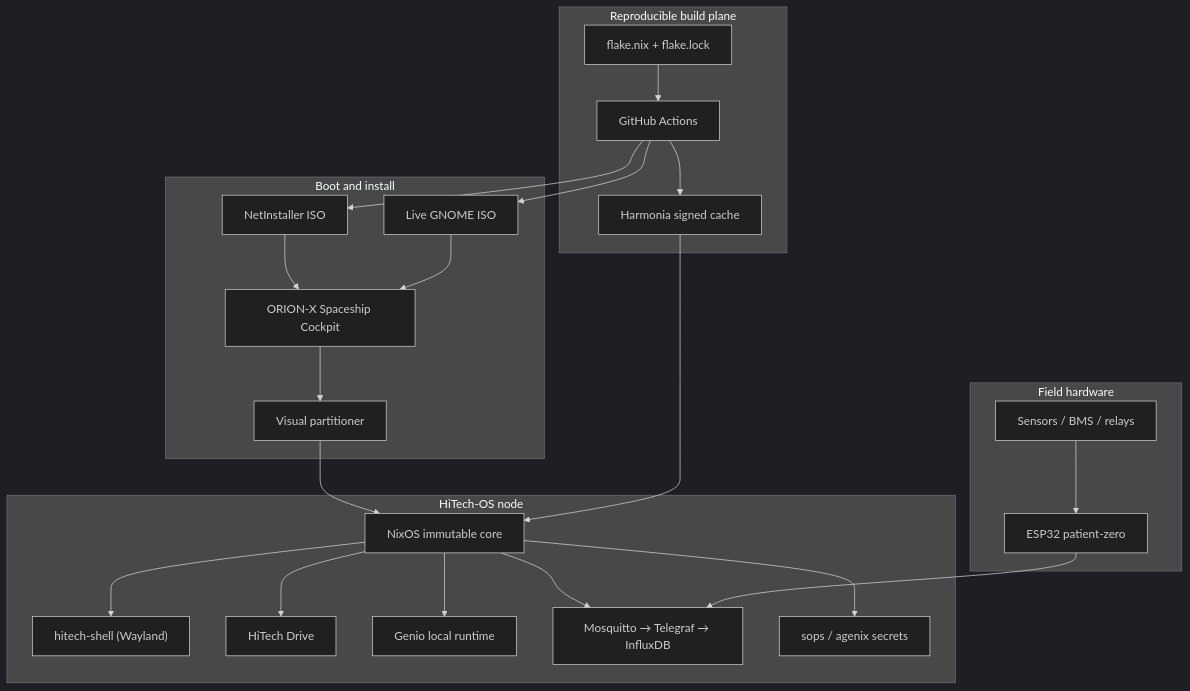
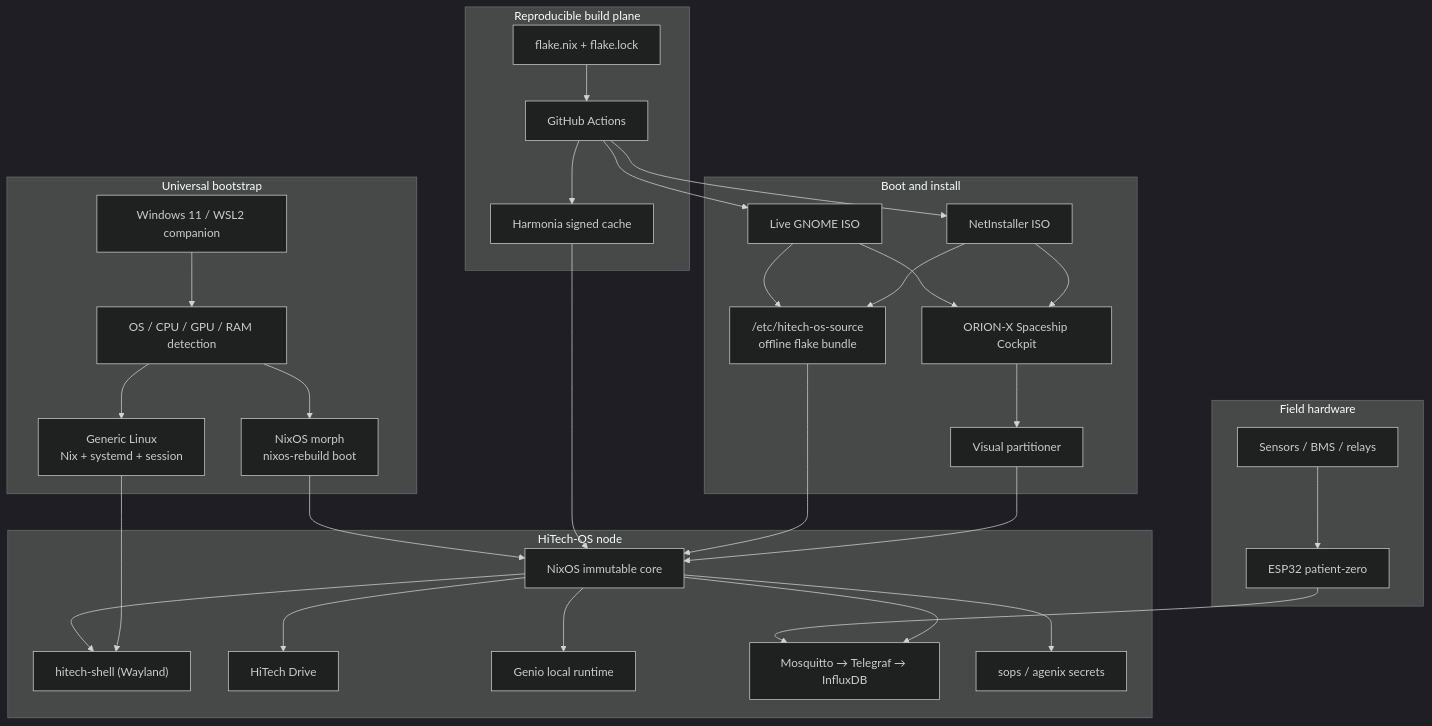
Before and after one commit to HiTechTN/HiTech-OS: the second of 3 diagrams in README.md, drawn with Mermaid (dark theme). The commit also changed other lines of this file and 20 other files, not shown here.

````diff
--- a/README.md
+++ b/README.md
@@ -58,46 +221,62 @@
 ```mermaid
 flowchart TB
     subgraph Build["Reproducible build plane"]
         Flake["flake.nix + flake.lock"]
         CI["GitHub Actions"]
         Cache["Harmonia signed cache"]
     end
 
     subgraph Media["Boot and install"]
         Net["NetInstaller ISO"]
         Live["Live GNOME ISO"]
+        Source["/etc/hitech-os-source<br/>offline flake bundle"]
         Orion["ORION-X Spaceship Cockpit"]
         Part["Visual partitioner"]
+    end
+
+    subgraph Bootstrap["Universal bootstrap"]
+        Detect["OS / CPU / GPU / RAM detection"]
+        NixOSPath["NixOS morph<br/>nixos-rebuild boot"]
+        GenericPath["Generic Linux<br/>Nix + systemd + session"]
+        WSL["Windows 11 / WSL2 companion"]
     end
 
     subgraph Node["HiTech-OS node"]
         Core["NixOS immutable core"]
         Shell["hitech-shell (Wayland)"]
         Store["HiTech Drive"]
         Genio["Genio local runtime"]
         Telemetry["Mosquitto → Telegraf → InfluxDB"]
         Secrets["sops / agenix secrets"]
     end
 
     subgraph Field["Field hardware"]
         ESP["ESP32 patient-zero"]
         Sensors["Sensors / BMS / relays"]
     end
 
     Flake --> CI
     CI --> Cache
     CI --> Net
     CI --> Live
+    Net --> Source
+    Live --> Source
     Net --> Orion
     Live --> Orion
     Orion --> Part
     Part --> Core
+    Source --> Core
     Cache --> Core
+    Detect --> NixOSPath
+    Detect --> GenericPath
+    WSL --> Detect
+    NixOSPath --> Core
+    GenericPath --> Shell
     Core --> Shell
     Core --> Store
     Core --> Genio
     Core --> Telemetry
     Core --> Secrets
     ESP --> Telemetry
     Sensors --> ESP
 ```
````
